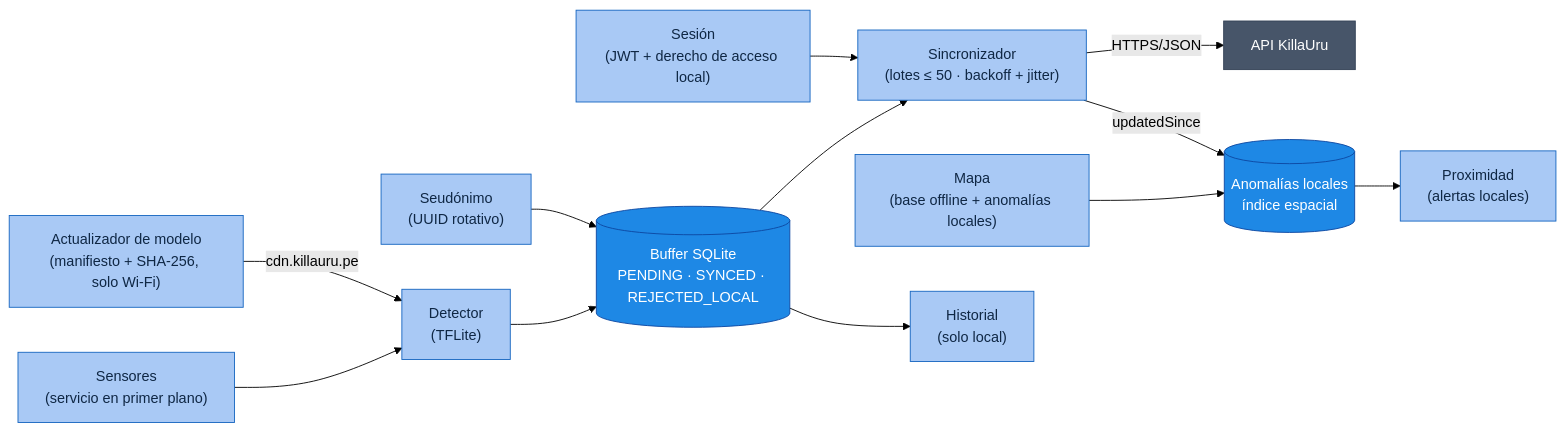
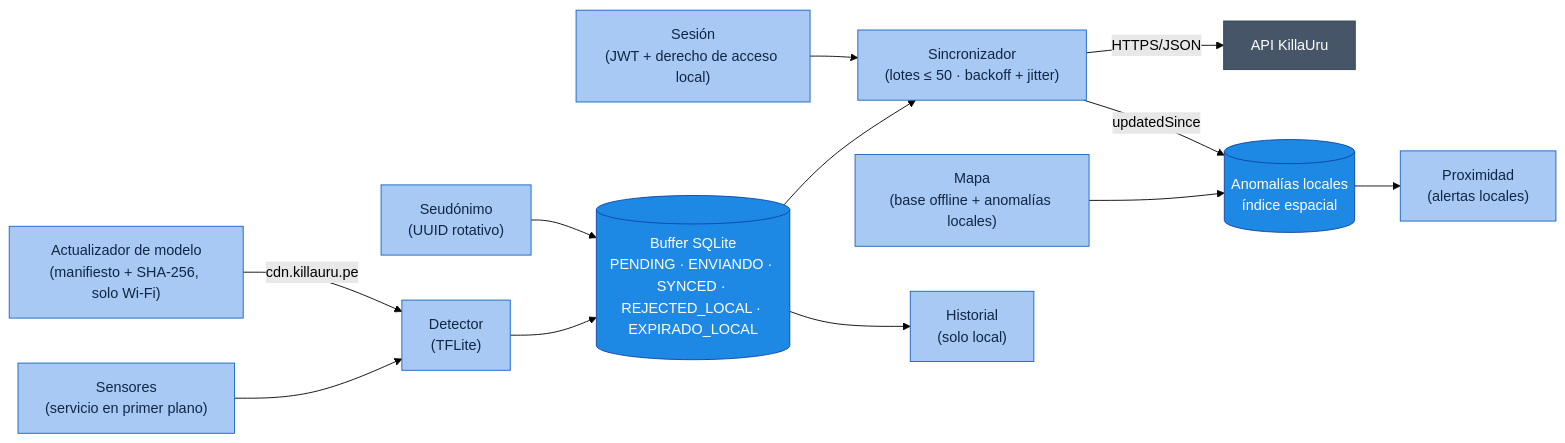
The second of 2 diagrams in docs/02-arquitectura-de-software/componentes-arquitectonicos.md (Crisso29/KillaUru_Sprint01), drawn with Mermaid (forest theme) before and after one commit. The commit also changed other lines of this file and 13 other files, not shown here.

````diff
--- a/docs/02-arquitectura-de-software/componentes-arquitectonicos.md
+++ b/docs/02-arquitectura-de-software/componentes-arquitectonicos.md
@@ -120,18 +121,18 @@
 ```mermaid
 flowchart LR
     classDef comp fill:#A9C9F5,color:#0F2744,stroke:#1565C0
     classDef datos fill:#1E88E5,color:#fff,stroke:#0d47a1
     classDef ext fill:#475569,color:#fff,stroke:#334155
 
     SEN["Sensores<br/>(servicio en primer plano)"]:::comp --> DET["Detector<br/>(TFLite)"]:::comp
-    DET --> BUF[("Buffer SQLite<br/>PENDING · SYNCED · REJECTED_LOCAL")]:::datos
+    DET --> BUF[("Buffer SQLite<br/>PENDING · ENVIANDO · SYNCED · REJECTED_LOCAL · EXPIRADO_LOCAL")]:::datos
     PRIV["Seudónimo<br/>(UUID rotativo)"]:::comp --> BUF
     BUF --> SYN["Sincronizador<br/>(lotes ≤ 50 · backoff + jitter)"]:::comp
     SYN -- "HTTPS/JSON" --> API["API KillaUru"]:::ext
     SES["Sesión<br/>(JWT + derecho de acceso local)"]:::comp --> SYN
     MAPA["Mapa<br/>(base offline + anomalías locales)"]:::comp --> LOC[("Anomalías locales<br/>índice espacial")]:::datos
     SYN -- "updatedSince" --> LOC
     LOC --> PRX["Proximidad<br/>(alertas locales)"]:::comp
     BUF --> HIS["Historial<br/>(solo local)"]:::comp
     ACT["Actualizador de modelo<br/>(manifiesto + SHA-256, solo Wi-Fi)"]:::comp -- "cdn.killauru.pe" --> DET
 ```
````
